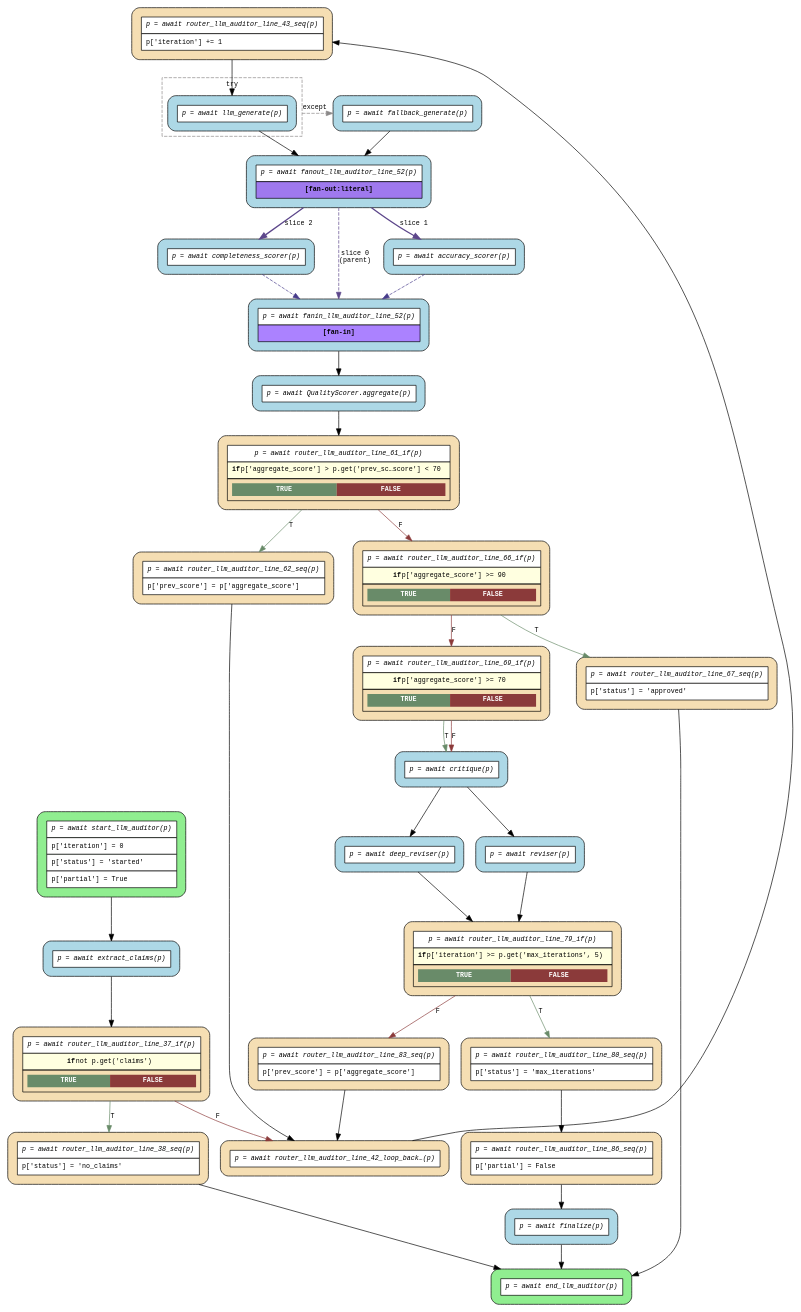
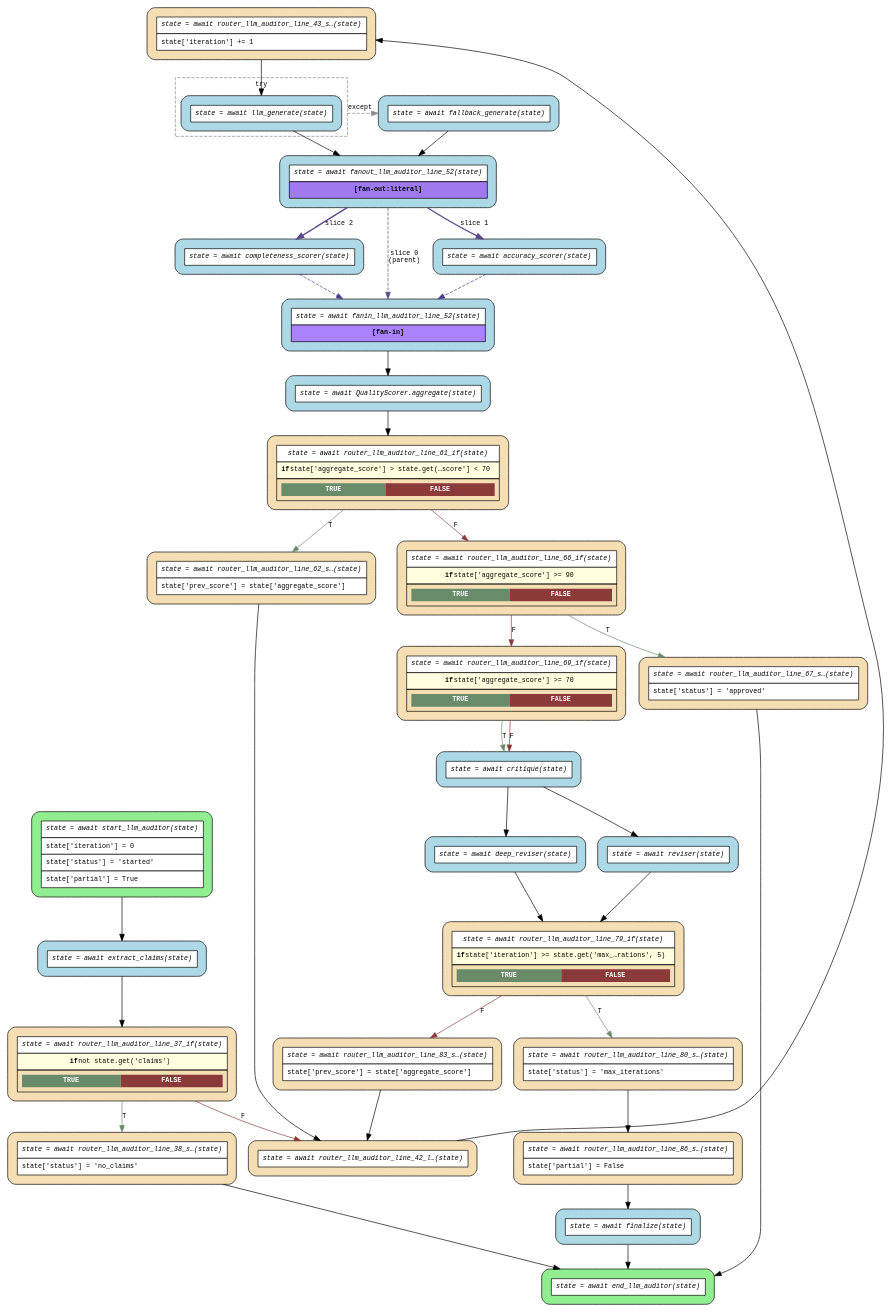
The diagram in examples/flows/compiled/adk_llm_auditor/flow.dot (mrhillsman-enterprise-ai/asya), drawn with Graphviz before and after one commit. The commit also changed 34 other files, not shown here.

First line of the commit message:
feat(flow): expand compiler syntax support and improve error messages (#243)

```diff
--- a/examples/flows/compiled/adk_llm_auditor/flow.dot
+++ b/examples/flows/compiled/adk_llm_auditor/flow.dot
@@ -5,39 +5,39 @@
   node [fontname="Courier", fontsize=10, shape=box, style="filled,rounded", margin="0.2"];
   edge [fontname="Courier", fontsize=10];
 
-  start_llm_auditor [fillcolor="lightgreen", group="main", label=<<table border="0" cellspacing="0" cellpadding="6" cellborder="1"><tr><td bgcolor="white" align="center"><i>p = await start_llm_auditor(p)</i></td></tr><tr><td bgcolor="white" align="left">p['iteration'] = 0</td></tr><tr><td bgcolor="white" align="left">p['status'] = 'started'</td></tr><tr><td bgcolor="white" align="left">p['partial'] = True</td></tr></table>>];
-  router_llm_auditor_line_38_seq [fillcolor="wheat", group="main", label=<<table border="0" cellspacing="0" cellpadding="6" cellborder="1"><tr><td bgcolor="white" align="center"><i>p = await router_llm_auditor_line_38_seq(p)</i></td></tr><tr><td bgcolor="white" align="left">p['status'] = 'no_claims'</td></tr></table>>];
-  router_llm_auditor_line_86_seq [fillcolor="wheat", group="main", label=<<table border="0" cellspacing="0" cellpadding="6" cellborder="1"><tr><td bgcolor="white" align="center"><i>p = await router_llm_auditor_line_86_seq(p)</i></td></tr><tr><td bgcolor="white" align="left">p['partial'] = False</td></tr></table>>];
-  router_llm_auditor_line_62_seq [fillcolor="wheat", group="main", label=<<table border="0" cellspacing="0" cellpadding="6" cellborder="1"><tr><td bgcolor="white" align="center"><i>p = await router_llm_auditor_line_62_seq(p)</i></td></tr><tr><td bgcolor="white" align="left">p['prev_score'] = p['aggregate_score']</td></tr></table>>];
-  router_llm_auditor_line_67_seq [fillcolor="wheat", group="main", label=<<table border="0" cellspacing="0" cellpadding="6" cellborder="1"><tr><td bgcolor="white" align="center"><i>p = await router_llm_auditor_line_67_seq(p)</i></td></tr><tr><td bgcolor="white" align="left">p['status'] = 'approved'</td></tr></table>>];
-  router_llm_auditor_line_69_if [fillcolor="wheat", group="main", label=<<table border="0" cellspacing="0" cellpadding="6" cellborder="1"><tr><td bgcolor="white" align="center"><i>p = await router_llm_auditor_line_69_if(p)</i></td></tr><tr><td bgcolor="lightyellow"><b>if</b> p['aggregate_score'] &gt;= 70</td></tr><tr><td><table border="0" cellspacing="0" cellpadding="4"><tr><td bgcolor="darkseagreen4"><font color="white"><b>TRUE</b></font></td><td bgcolor="indianred4"><font color="white"><b>FALSE</b></font></td></tr></table></td></tr></table>>];
-  router_llm_auditor_line_80_seq [fillcolor="wheat", group="main", label=<<table border="0" cellspacing="0" cellpadding="6" cellborder="1"><tr><td bgcolor="white" align="center"><i>p = await router_llm_auditor_line_80_seq(p)</i></td></tr><tr><td bgcolor="white" align="left">p['status'] = 'max_iterations'</td></tr></table>>];
-  router_llm_auditor_line_83_seq [fillcolor="wheat", group="main", label=<<table border="0" cellspacing="0" cellpadding="6" cellborder="1"><tr><td bgcolor="white" align="center"><i>p = await router_llm_auditor_line_83_seq(p)</i></td></tr><tr><td bgcolor="white" align="left">p['prev_score'] = p['aggregate_score']</td></tr></table>>];
-  router_llm_auditor_line_79_if [fillcolor="wheat", group="main", label=<<table border="0" cellspacing="0" cellpadding="6" cellborder="1"><tr><td bgcolor="white" align="center"><i>p = await router_llm_auditor_line_79_if(p)</i></td></tr><tr><td bgcolor="lightyellow"><b>if</b> p['iteration'] &gt;= p.get('max_iterations', 5)</td></tr><tr><td><table border="0" cellspacing="0" cellpadding="4"><tr><td bgcolor="darkseagreen4"><font color="white"><b>TRUE</b></font></td><td bgcolor="indianred4"><font color="white"><b>FALSE</b></font></td></tr></table></td></tr></table>>];
-  router_llm_auditor_line_66_if [fillcolor="wheat", group="main", label=<<table border="0" cellspacing="0" cellpadding="6" cellborder="1"><tr><td bgcolor="white" align="center"><i>p = await router_llm_auditor_line_66_if(p)</i></td></tr><tr><td bgcolor="lightyellow"><b>if</b> p['aggregate_score'] &gt;= 90</td></tr><tr><td><table border="0" cellspacing="0" cellpadding="4"><tr><td bgcolor="darkseagreen4"><font color="white"><b>TRUE</b></font></td><td bgcolor="indianred4"><font color="white"><b>FALSE</b></font></td></tr></table></td></tr></table>>];
-  router_llm_auditor_line_61_if [fillcolor="wheat", group="main", label=<<table border="0" cellspacing="0" cellpadding="6" cellborder="1"><tr><td bgcolor="white" align="center"><i>p = await router_llm_auditor_line_61_if(p)</i></td></tr><tr><td bgcolor="lightyellow"><b>if</b> p['aggregate_score'] &gt; p.get('prev_sc…score'] &lt; 70</td></tr><tr><td><table border="0" cellspacing="0" cellpadding="4"><tr><td bgcolor="darkseagreen4"><font color="white"><b>TRUE</b></font></td><td bgcolor="indianred4"><font color="white"><b>FALSE</b></font></td></tr></table></td></tr></table>>];
-  fanout_llm_auditor_line_52 [fillcolor="lightblue", group="main", label=<<table border="0" cellspacing="0" cellpadding="6" cellborder="1"><tr><td bgcolor="white" align="center"><i>p = await fanout_llm_auditor_line_52(p)</i></td></tr><tr><td bgcolor="mediumpurple2" align="center"><b>[fan-out:literal]</b></td></tr></table>>];
-  router_llm_auditor_line_43_seq [fillcolor="wheat", group="main", label=<<table border="0" cellspacing="0" cellpadding="6" cellborder="1"><tr><td bgcolor="white" align="center"><i>p = await router_llm_auditor_line_43_seq(p)</i></td></tr><tr><td bgcolor="white" align="left">p['iteration'] += 1</td></tr></table>>];
-  router_llm_auditor_line_42_loop_back_0 [fillcolor="wheat", group="main", label=<<table border="0" cellspacing="0" cellpadding="6" cellborder="1"><tr><td bgcolor="white" align="center"><i>p = await router_llm_auditor_line_42_loop_back…(p)</i></td></tr></table>>];
-  router_llm_auditor_line_37_if [fillcolor="wheat", group="main", label=<<table border="0" cellspacing="0" cellpadding="6" cellborder="1"><tr><td bgcolor="white" align="center"><i>p = await router_llm_auditor_line_37_if(p)</i></td></tr><tr><td bgcolor="lightyellow"><b>if</b> not p.get('claims')</td></tr><tr><td><table border="0" cellspacing="0" cellpadding="4"><tr><td bgcolor="darkseagreen4"><font color="white"><b>TRUE</b></font></td><td bgcolor="indianred4"><font color="white"><b>FALSE</b></font></td></tr></table></td></tr></table>>];
-  end_llm_auditor [fillcolor="lightgreen", group="main", label=<<table border="0" cellspacing="0" cellpadding="6" cellborder="1"><tr><td bgcolor="white" align="center"><i>p = await end_llm_auditor(p)</i></td></tr></table>>];
-  accuracy_scorer [fillcolor="lightblue", label=<<table border="0" cellspacing="0" cellpadding="6" cellborder="1"><tr><td bgcolor="white" align="center"><i>p = await accuracy_scorer(p)</i></td></tr></table>>];
-  adk_llm_auditor_QualityScorer_aggregate [fillcolor="lightblue", label=<<table border="0" cellspacing="0" cellpadding="6" cellborder="1"><tr><td bgcolor="white" align="center"><i>p = await QualityScorer.aggregate(p)</i></td></tr></table>>];
-  completeness_scorer [fillcolor="lightblue", label=<<table border="0" cellspacing="0" cellpadding="6" cellborder="1"><tr><td bgcolor="white" align="center"><i>p = await completeness_scorer(p)</i></td></tr></table>>];
-  critique [fillcolor="lightblue", label=<<table border="0" cellspacing="0" cellpadding="6" cellborder="1"><tr><td bgcolor="white" align="center"><i>p = await critique(p)</i></td></tr></table>>];
-  deep_reviser [fillcolor="lightblue", label=<<table border="0" cellspacing="0" cellpadding="6" cellborder="1"><tr><td bgcolor="white" align="center"><i>p = await deep_reviser(p)</i></td></tr></table>>];
-  extract_claims [fillcolor="lightblue", label=<<table border="0" cellspacing="0" cellpadding="6" cellborder="1"><tr><td bgcolor="white" align="center"><i>p = await extract_claims(p)</i></td></tr></table>>];
-  fallback_generate [fillcolor="lightblue", label=<<table border="0" cellspacing="0" cellpadding="6" cellborder="1"><tr><td bgcolor="white" align="center"><i>p = await fallback_generate(p)</i></td></tr></table>>];
-  fanin_llm_auditor_line_52 [fillcolor="lightblue", label=<<table border="0" cellspacing="0" cellpadding="6" cellborder="1"><tr><td bgcolor="white" align="center"><i>p = await fanin_llm_auditor_line_52(p)</i></td></tr><tr><td bgcolor="mediumpurple1" align="center"><b>[fan-in]</b></td></tr></table>>];
-  finalize [fillcolor="lightblue", label=<<table border="0" cellspacing="0" cellpadding="6" cellborder="1"><tr><td bgcolor="white" align="center"><i>p = await finalize(p)</i></td></tr></table>>];
-  reviser [fillcolor="lightblue", label=<<table border="0" cellspacing="0" cellpadding="6" cellborder="1"><tr><td bgcolor="white" align="center"><i>p = await reviser(p)</i></td></tr></table>>];
+  start_llm_auditor [fillcolor="lightgreen", group="main", label=<<table border="0" cellspacing="0" cellpadding="6" cellborder="1"><tr><td bgcolor="white" align="center"><i>state = await start_llm_auditor(state)</i></td></tr><tr><td bgcolor="white" align="left">state['iteration'] = 0</td></tr><tr><td bgcolor="white" align="left">state['status'] = 'started'</td></tr><tr><td bgcolor="white" align="left">state['partial'] = True</td></tr></table>>];
+  router_llm_auditor_line_38_seq [fillcolor="wheat", group="main", label=<<table border="0" cellspacing="0" cellpadding="6" cellborder="1"><tr><td bgcolor="white" align="center"><i>state = await router_llm_auditor_line_38_s…(state)</i></td></tr><tr><td bgcolor="white" align="left">state['status'] = 'no_claims'</td></tr></table>>];
+  router_llm_auditor_line_86_seq [fillcolor="wheat", group="main", label=<<table border="0" cellspacing="0" cellpadding="6" cellborder="1"><tr><td bgcolor="white" align="center"><i>state = await router_llm_auditor_line_86_s…(state)</i></td></tr><tr><td bgcolor="white" align="left">state['partial'] = False</td></tr></table>>];
+  router_llm_auditor_line_62_seq [fillcolor="wheat", group="main", label=<<table border="0" cellspacing="0" cellpadding="6" cellborder="1"><tr><td bgcolor="white" align="center"><i>state = await router_llm_auditor_line_62_s…(state)</i></td></tr><tr><td bgcolor="white" align="left">state['prev_score'] = state['aggregate_score']</td></tr></table>>];
+  router_llm_auditor_line_67_seq [fillcolor="wheat", group="main", label=<<table border="0" cellspacing="0" cellpadding="6" cellborder="1"><tr><td bgcolor="white" align="center"><i>state = await router_llm_auditor_line_67_s…(state)</i></td></tr><tr><td bgcolor="white" align="left">state['status'] = 'approved'</td></tr></table>>];
+  router_llm_auditor_line_69_if [fillcolor="wheat", group="main", label=<<table border="0" cellspacing="0" cellpadding="6" cellborder="1"><tr><td bgcolor="white" align="center"><i>state = await router_llm_auditor_line_69_if(state)</i></td></tr><tr><td bgcolor="lightyellow"><b>if</b> state['aggregate_score'] &gt;= 70</td></tr><tr><td><table border="0" cellspacing="0" cellpadding="4"><tr><td bgcolor="darkseagreen4"><font color="white"><b>TRUE</b></font></td><td bgcolor="indianred4"><font color="white"><b>FALSE</b></font></td></tr></table></td></tr></table>>];
+  router_llm_auditor_line_80_seq [fillcolor="wheat", group="main", label=<<table border="0" cellspacing="0" cellpadding="6" cellborder="1"><tr><td bgcolor="white" align="center"><i>state = await router_llm_auditor_line_80_s…(state)</i></td></tr><tr><td bgcolor="white" align="left">state['status'] = 'max_iterations'</td></tr></table>>];
+  router_llm_auditor_line_83_seq [fillcolor="wheat", group="main", label=<<table border="0" cellspacing="0" cellpadding="6" cellborder="1"><tr><td bgcolor="white" align="center"><i>state = await router_llm_auditor_line_83_s…(state)</i></td></tr><tr><td bgcolor="white" align="left">state['prev_score'] = state['aggregate_score']</td></tr></table>>];
+  router_llm_auditor_line_79_if [fillcolor="wheat", group="main", label=<<table border="0" cellspacing="0" cellpadding="6" cellborder="1"><tr><td bgcolor="white" align="center"><i>state = await router_llm_auditor_line_79_if(state)</i></td></tr><tr><td bgcolor="lightyellow"><b>if</b> state['iteration'] &gt;= state.get('max_…rations', 5)</td></tr><tr><td><table border="0" cellspacing="0" cellpadding="4"><tr><td bgcolor="darkseagreen4"><font color="white"><b>TRUE</b></font></td><td bgcolor="indianred4"><font color="white"><b>FALSE</b></font></td></tr></table></td></tr></table>>];
+  router_llm_auditor_line_66_if [fillcolor="wheat", group="main", label=<<table border="0" cellspacing="0" cellpadding="6" cellborder="1"><tr><td bgcolor="white" align="center"><i>state = await router_llm_auditor_line_66_if(state)</i></td></tr><tr><td bgcolor="lightyellow"><b>if</b> state['aggregate_score'] &gt;= 90</td></tr><tr><td><table border="0" cellspacing="0" cellpadding="4"><tr><td bgcolor="darkseagreen4"><font color="white"><b>TRUE</b></font></td><td bgcolor="indianred4"><font color="white"><b>FALSE</b></font></td></tr></table></td></tr></table>>];
+  router_llm_auditor_line_61_if [fillcolor="wheat", group="main", label=<<table border="0" cellspacing="0" cellpadding="6" cellborder="1"><tr><td bgcolor="white" align="center"><i>state = await router_llm_auditor_line_61_if(state)</i></td></tr><tr><td bgcolor="lightyellow"><b>if</b> state['aggregate_score'] &gt; state.get(…score'] &lt; 70</td></tr><tr><td><table border="0" cellspacing="0" cellpadding="4"><tr><td bgcolor="darkseagreen4"><font color="white"><b>TRUE</b></font></td><td bgcolor="indianred4"><font color="white"><b>FALSE</b></font></td></tr></table></td></tr></table>>];
+  fanout_llm_auditor_line_52 [fillcolor="lightblue", group="main", label=<<table border="0" cellspacing="0" cellpadding="6" cellborder="1"><tr><td bgcolor="white" align="center"><i>state = await fanout_llm_auditor_line_52(state)</i></td></tr><tr><td bgcolor="mediumpurple2" align="center"><b>[fan-out:literal]</b></td></tr></table>>];
+  router_llm_auditor_line_43_seq [fillcolor="wheat", group="main", label=<<table border="0" cellspacing="0" cellpadding="6" cellborder="1"><tr><td bgcolor="white" align="center"><i>state = await router_llm_auditor_line_43_s…(state)</i></td></tr><tr><td bgcolor="white" align="left">state['iteration'] += 1</td></tr></table>>];
+  router_llm_auditor_line_42_loop_back_0 [fillcolor="wheat", group="main", label=<<table border="0" cellspacing="0" cellpadding="6" cellborder="1"><tr><td bgcolor="white" align="center"><i>state = await router_llm_auditor_line_42_l…(state)</i></td></tr></table>>];
+  router_llm_auditor_line_37_if [fillcolor="wheat", group="main", label=<<table border="0" cellspacing="0" cellpadding="6" cellborder="1"><tr><td bgcolor="white" align="center"><i>state = await router_llm_auditor_line_37_if(state)</i></td></tr><tr><td bgcolor="lightyellow"><b>if</b> not state.get('claims')</td></tr><tr><td><table border="0" cellspacing="0" cellpadding="4"><tr><td bgcolor="darkseagreen4"><font color="white"><b>TRUE</b></font></td><td bgcolor="indianred4"><font color="white"><b>FALSE</b></font></td></tr></table></td></tr></table>>];
+  end_llm_auditor [fillcolor="lightgreen", group="main", label=<<table border="0" cellspacing="0" cellpadding="6" cellborder="1"><tr><td bgcolor="white" align="center"><i>state = await end_llm_auditor(state)</i></td></tr></table>>];
+  accuracy_scorer [fillcolor="lightblue", label=<<table border="0" cellspacing="0" cellpadding="6" cellborder="1"><tr><td bgcolor="white" align="center"><i>state = await accuracy_scorer(state)</i></td></tr></table>>];
+  adk_llm_auditor_QualityScorer_aggregate [fillcolor="lightblue", label=<<table border="0" cellspacing="0" cellpadding="6" cellborder="1"><tr><td bgcolor="white" align="center"><i>state = await QualityScorer.aggregate(state)</i></td></tr></table>>];
+  completeness_scorer [fillcolor="lightblue", label=<<table border="0" cellspacing="0" cellpadding="6" cellborder="1"><tr><td bgcolor="white" align="center"><i>state = await completeness_scorer(state)</i></td></tr></table>>];
+  critique [fillcolor="lightblue", label=<<table border="0" cellspacing="0" cellpadding="6" cellborder="1"><tr><td bgcolor="white" align="center"><i>state = await critique(state)</i></td></tr></table>>];
+  deep_reviser [fillcolor="lightblue", label=<<table border="0" cellspacing="0" cellpadding="6" cellborder="1"><tr><td bgcolor="white" align="center"><i>state = await deep_reviser(state)</i></td></tr></table>>];
+  extract_claims [fillcolor="lightblue", label=<<table border="0" cellspacing="0" cellpadding="6" cellborder="1"><tr><td bgcolor="white" align="center"><i>state = await extract_claims(state)</i></td></tr></table>>];
+  fallback_generate [fillcolor="lightblue", label=<<table border="0" cellspacing="0" cellpadding="6" cellborder="1"><tr><td bgcolor="white" align="center"><i>state = await fallback_generate(state)</i></td></tr></table>>];
+  fanin_llm_auditor_line_52 [fillcolor="lightblue", label=<<table border="0" cellspacing="0" cellpadding="6" cellborder="1"><tr><td bgcolor="white" align="center"><i>state = await fanin_llm_auditor_line_52(state)</i></td></tr><tr><td bgcolor="mediumpurple1" align="center"><b>[fan-in]</b></td></tr></table>>];
+  finalize [fillcolor="lightblue", label=<<table border="0" cellspacing="0" cellpadding="6" cellborder="1"><tr><td bgcolor="white" align="center"><i>state = await finalize(state)</i></td></tr></table>>];
+  reviser [fillcolor="lightblue", label=<<table border="0" cellspacing="0" cellpadding="6" cellborder="1"><tr><td bgcolor="white" align="center"><i>state = await reviser(state)</i></td></tr></table>>];
   subgraph cluster_try_0 {
     style=dashed;
     color="snow4";
     fontname="Courier";
     fontsize=10;
     label="try";
-    llm_generate [fillcolor="lightblue", label=<<table border="0" cellspacing="0" cellpadding="6" cellborder="1"><tr><td bgcolor="white" align="center"><i>p = await llm_generate(p)</i></td></tr></table>>];
+    llm_generate [fillcolor="lightblue", label=<<table border="0" cellspacing="0" cellpadding="6" cellborder="1"><tr><td bgcolor="white" align="center"><i>state = await llm_generate(state)</i></td></tr></table>>];
   }
 
   accuracy_scorer -> fanin_llm_auditor_line_52 [color=slateblue4, style=dashed];
```
